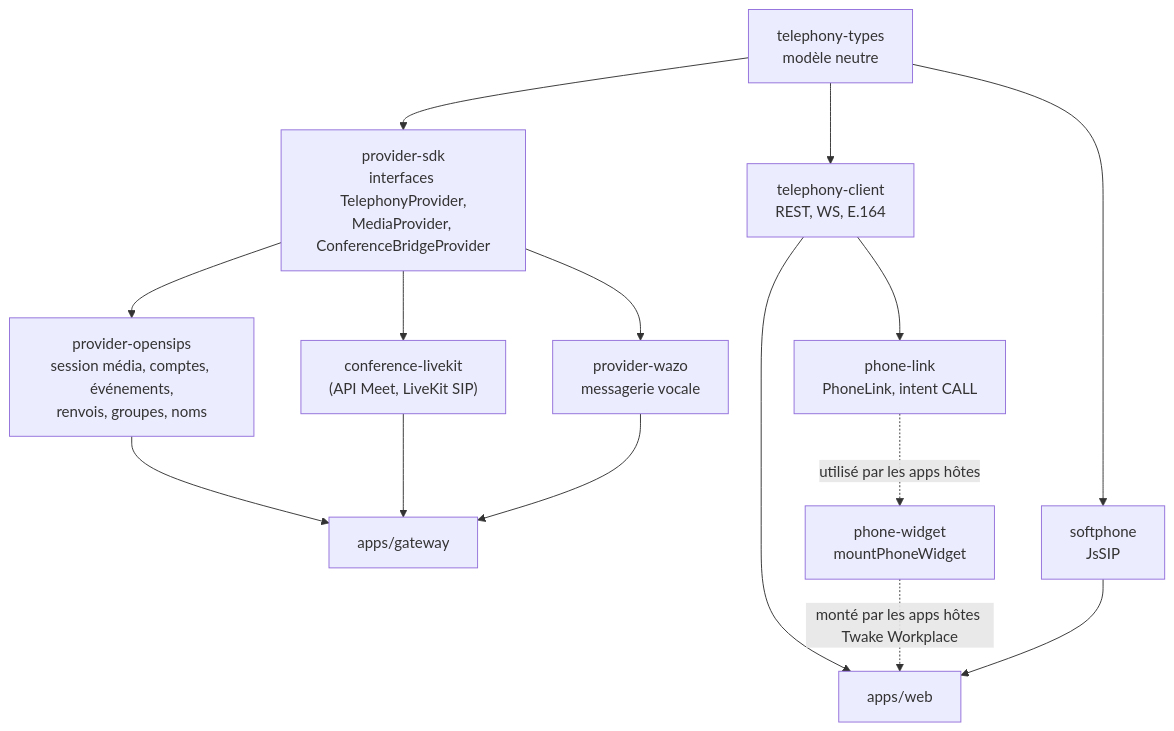
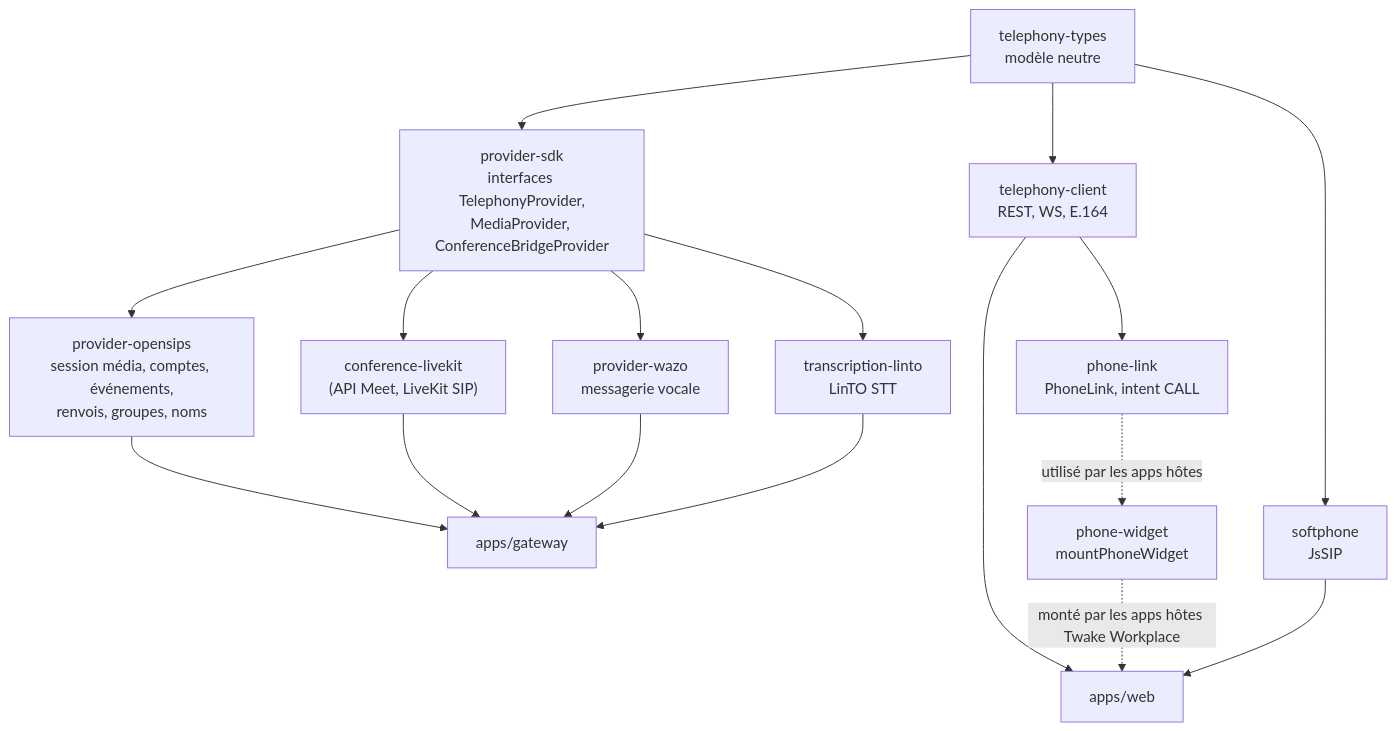
One commit to linagora/twake-phone changed the second of 3 diagrams in docs/ARCHITECTURE.md. Above: the diagram before and after it, drawn with Mermaid. The commit also changed other lines of this file and 48 other files, not shown here.

````diff
--- a/docs/ARCHITECTURE.md
+++ b/docs/ARCHITECTURE.md
@@ -58,28 +58,31 @@
 ```mermaid
 flowchart TB
   types["telephony-types<br/>modèle neutre"]
   sdk["provider-sdk<br/>interfaces TelephonyProvider,<br/>MediaProvider, ConferenceBridgeProvider"]
   os["provider-opensips<br/>session média, comptes, événements,<br/>renvois, groupes, noms"]
   lk["conference-livekit<br/>(API Meet, LiveKit SIP)"]
   wz["provider-wazo<br/>messagerie vocale"]
+  stt["transcription-linto<br/>LinTO STT"]
   plink["phone-link<br/>PhoneLink, intent CALL"]
   client["telephony-client<br/>REST, WS, E.164"]
   soft["softphone<br/>JsSIP"]
   widgetlib["phone-widget<br/>mountPhoneWidget"]
   gw["apps/gateway"]
   app["apps/web"]
 
   types --> sdk --> os
   sdk --> lk
   sdk --> wz
+  sdk --> stt
   wz --> gw
+  stt --> gw
   os --> gw
   lk --> gw
   types --> client
   types --> soft
   client --> app
   soft --> app
   widgetlib -. "monté par les apps hôtes Twake Workplace" .-> app
   plink -. "utilisé par les apps hôtes" .-> widgetlib
   client --> plink
 ```
````
